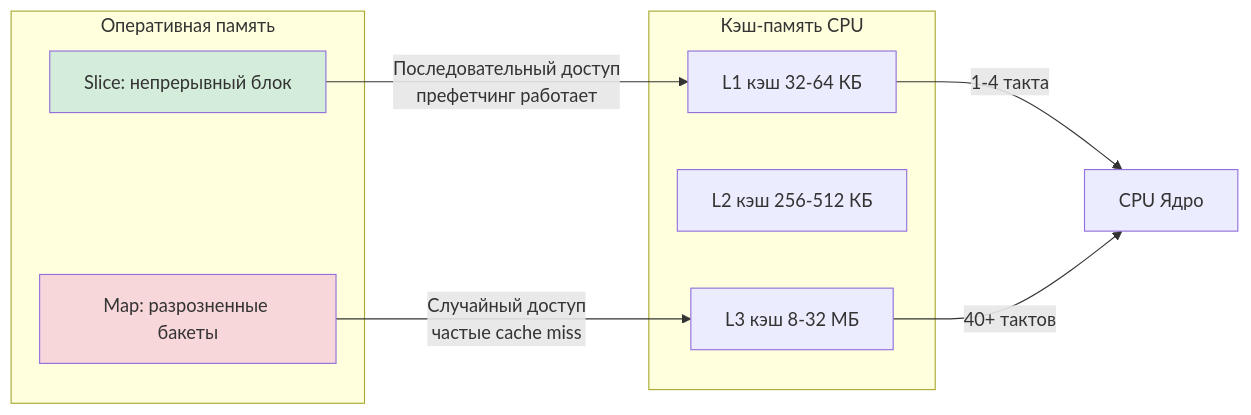
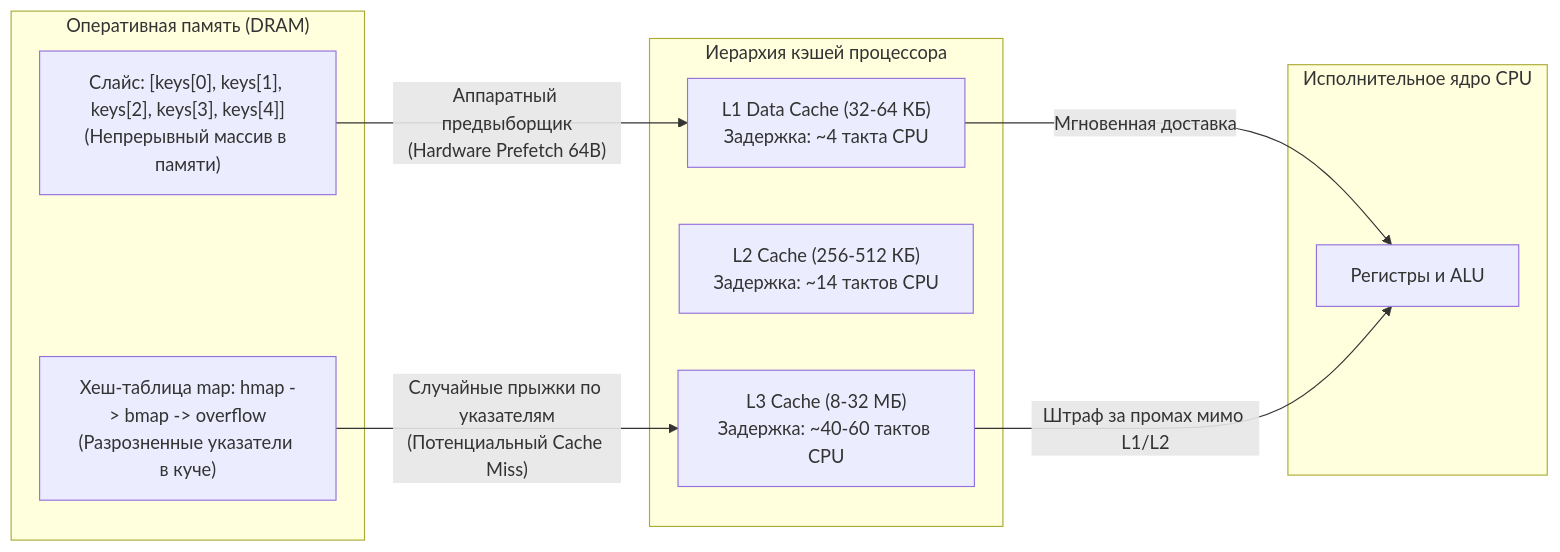
Before and after one commit to UnrealTemplier/go-textbook: the first of 3 diagrams in sources/20. Алгоритмы и структуры данных (DSA) на Go/01. Введение/1. Обзор раздела. Зачем алгоритмы и структуры данных backend разработчику.md, drawn with Mermaid. The commit also changed other lines of this file, not shown here.

````diff
--- a/sources/20. Алгоритмы и структуры данных (DSA) на Go/01. Введение/1. Обзор раздела. Зачем алгоритмы и структуры данных backend разработчику.md
+++ b/sources/20. Алгоритмы и структуры данных (DSA) на Go/01. Введение/1. Обзор раздела. Зачем алгоритмы и структуры данных backend разработчику.md
@@ -107,22 +125,23 @@
 ```mermaid
 flowchart LR
-    subgraph CPU_Cache["Кэш-память CPU"]
-        L1["L1 кэш 32-64 КБ"]
-        L2["L2 кэш 256-512 КБ"]
-        L3["L3 кэш 8-32 МБ"]
+    subgraph RAM["Оперативная память (DRAM)"]
+        SliceBlock["Слайс: [keys[0], keys[1], keys[2], keys[3], keys[4]]<br>(Непрерывный массив в памяти)"]
+        MapBuckets["Хеш-таблица map: hmap -> bmap -> overflow<br>(Разрозненные указатели в куче)"]
     end
 
-    subgraph RAM["Оперативная память"]
-        SliceData["Slice: непрерывный блок"]
-        MapData["Map: разрозненные бакеты"]
+    subgraph Caches["Иерархия кэшей процессора"]
+        L1["L1 Data Cache (32-64 КБ)<br>Задержка: ~4 такта CPU"]
+        L2["L2 Cache (256-512 КБ)<br>Задержка: ~14 тактов CPU"]
+        L3["L3 Cache (8-32 МБ)<br>Задержка: ~40-60 тактов CPU"]
     end
 
-    SliceData -->|Последовательный доступ <br> префетчинг работает| L1
-    MapData -->|Случайный доступ <br> частые cache miss| L3
+    subgraph Core["Исполнительное ядро CPU"]
+        ALU["Регистры и ALU"]
+    end
 
-    L1 -->|1-4 такта| Core["CPU Ядро"]
-    L3 -->|40+ тактов| Core
+    SliceBlock -->|"Аппаратный предвыборщик<br>(Hardware Prefetch 64B)"| L1
+    MapBuckets -->|"Случайные прыжки по указателям<br>(Потенциальный Cache Miss)"| L3
 
-    style SliceData fill:#d4edda
-    style MapData fill:#f8d7da
+    L1 -->|"Мгновенная доставка"| ALU
+    L3 -->|"Штраф за промах мимо L1/L2"| ALU
 ```
````
